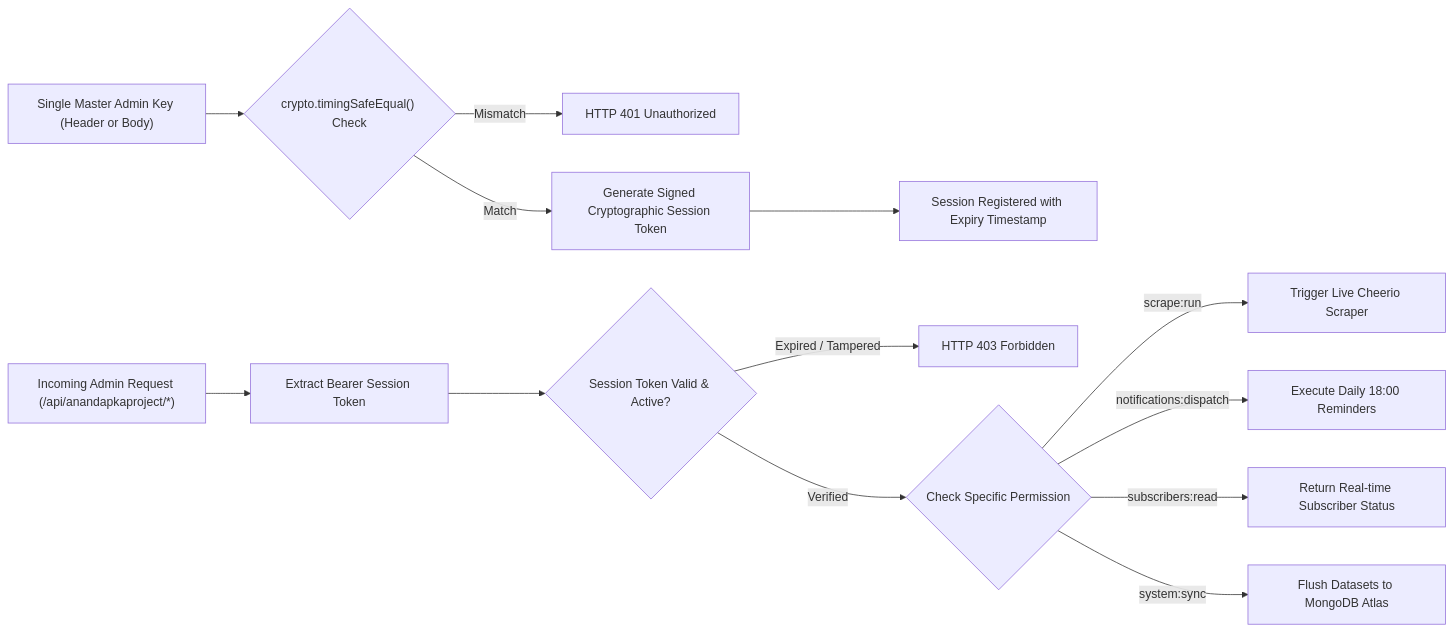
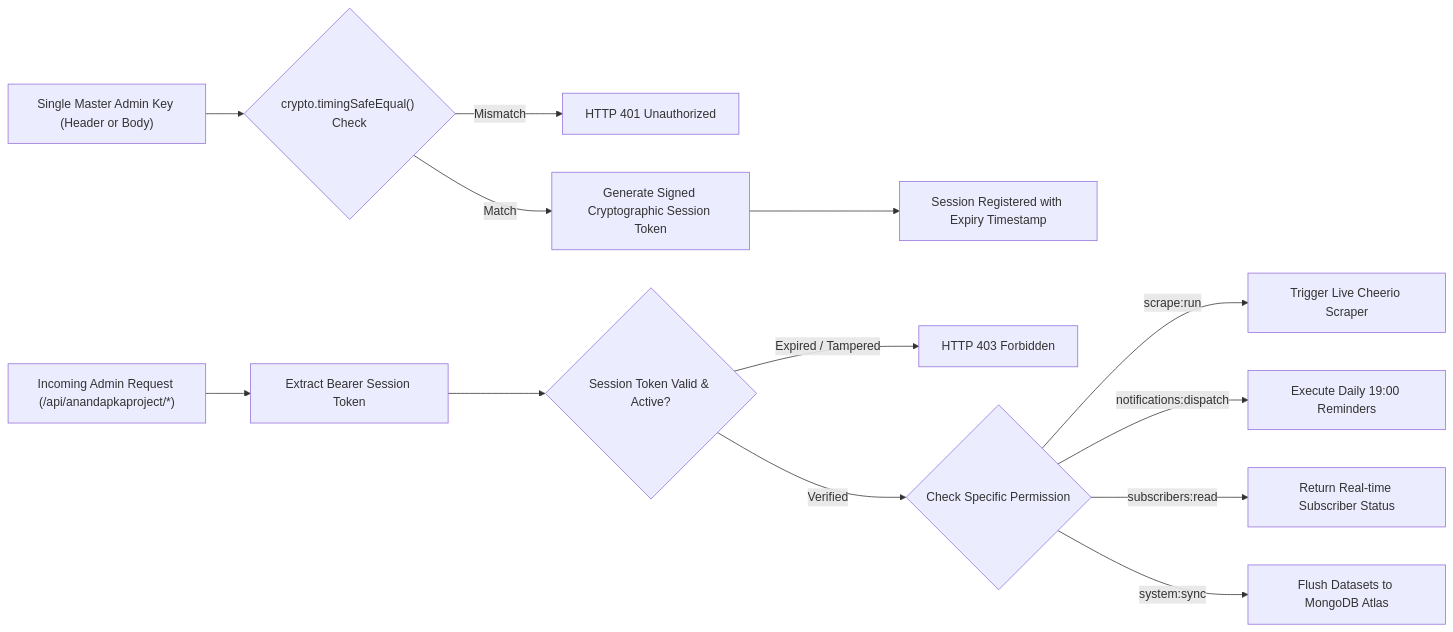
Before and after one commit to Inscrutable21/Sarkari_Result: the third of 3 diagrams in README.md, drawn with Mermaid. The commit also changed other lines of this file and 15 other files, not shown here.

````diff
--- a/README.md
+++ b/README.md
@@ -179,17 +179,17 @@
 ```mermaid
 flowchart LR
     AdminInput["Single Master Admin Key (Header or Body)"] --> TimingCheck{"crypto.timingSafeEqual() Check"}
     TimingCheck -->|"Mismatch"| Reject401["HTTP 401 Unauthorized"]
     TimingCheck -->|"Match"| TokenGen["Generate Signed Cryptographic Session Token"]
     TokenGen --> SessionStore["Session Registered with Expiry Timestamp"]
     
     Request["Incoming Admin Request (/api/anandapkaproject/*)"] --> HeaderToken["Extract Bearer Session Token"]
     HeaderToken --> TokenValidator{"Session Token Valid & Active?"}
     TokenValidator -->|"Expired / Tampered"| Reject403["HTTP 403 Forbidden"]
     TokenValidator -->|"Verified"| RBACGate{"Check Specific Permission"}
     
     RBACGate -->|"scrape:run"| ScraperAction["Trigger Live Cheerio Scraper"]
-    RBACGate -->|"notifications:dispatch"| BatchReminderAction["Execute Daily 18:00 Reminders"]
+    RBACGate -->|"notifications:dispatch"| BatchReminderAction["Execute Daily 19:00 Reminders"]
     RBACGate -->|"subscribers:read"| DiagnosticsAction["Return Real-time Subscriber Status"]
     RBACGate -->|"system:sync"| CloudSyncAction["Flush Datasets to MongoDB Atlas"]
 ```
````
